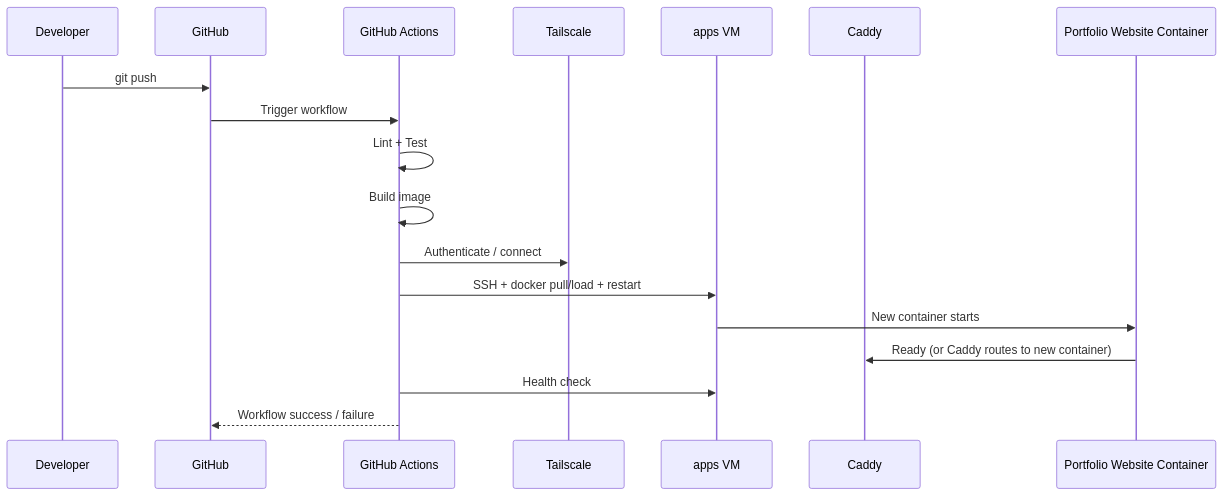
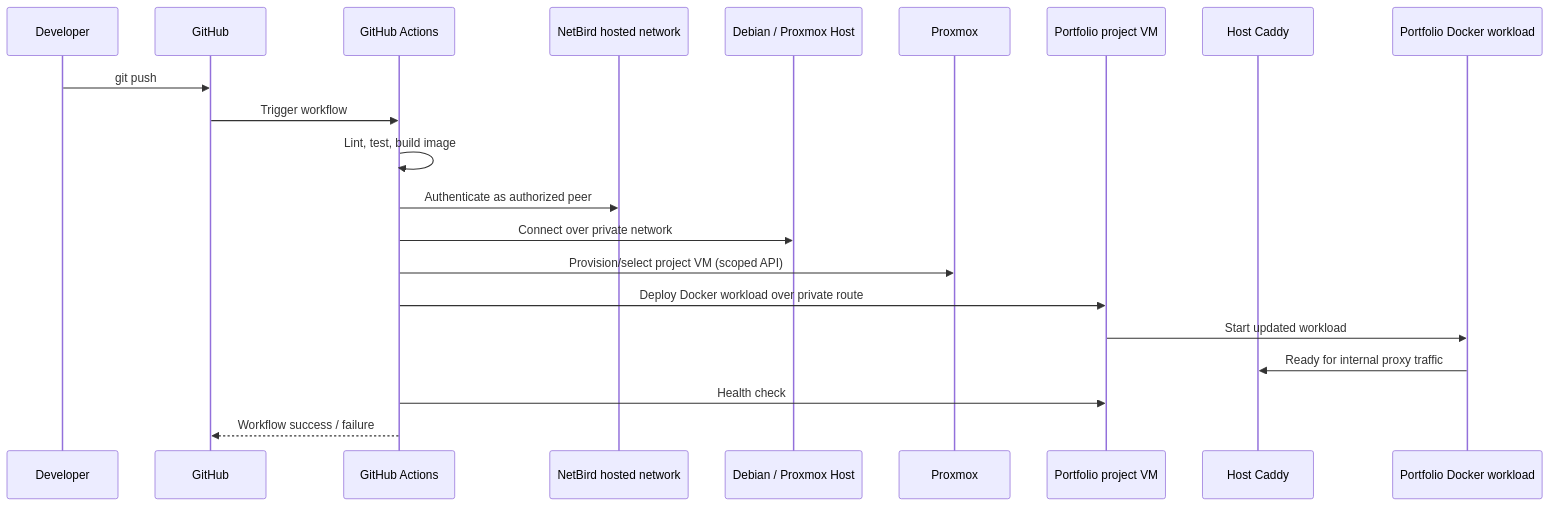
Before and after one commit to JT2M0L3Y/homelab: the second of 2 diagrams in docs/architecture/03-deployment.md, drawn with Mermaid. The commit also changed other lines of this file and 13 other files, not shown here.

````diff
--- a/docs/architecture/03-deployment.md
+++ b/docs/architecture/03-deployment.md
@@ -25,21 +29,24 @@
 ```mermaid
 sequenceDiagram
     participant Dev as Developer
     participant GH as GitHub
     participant GHA as GitHub Actions
-    participant TS as Tailscale
-    participant Apps as apps VM
-    participant Caddy as Caddy
-    participant App as Portfolio Website Container
+    participant NB as NetBird hosted network
+    participant Host as Debian / Proxmox Host
+    participant PVE as Proxmox
+    participant VM as Portfolio project VM
+    participant Caddy as Host Caddy
+    participant App as Portfolio Docker workload
 
     Dev->>GH: git push
     GH->>GHA: Trigger workflow
-    GHA->>GHA: Lint + Test
-    GHA->>GHA: Build image
-    GHA->>TS: Authenticate / connect
-    GHA->>Apps: SSH + docker pull/load + restart
-    Apps->>App: New container starts
-    App->>Caddy: Ready (or Caddy routes to new container)
-    GHA->>Apps: Health check
+    GHA->>GHA: Lint, test, build image
+    GHA->>NB: Authenticate as authorized peer
+    GHA->>Host: Connect over private network
+    GHA->>PVE: Provision/select project VM (scoped API)
+    GHA->>VM: Deploy Docker workload over private route
+    VM->>App: Start updated workload
+    App->>Caddy: Ready for internal proxy traffic
+    GHA->>VM: Health check
     GHA-->>GH: Workflow success / failure
 ```
````
